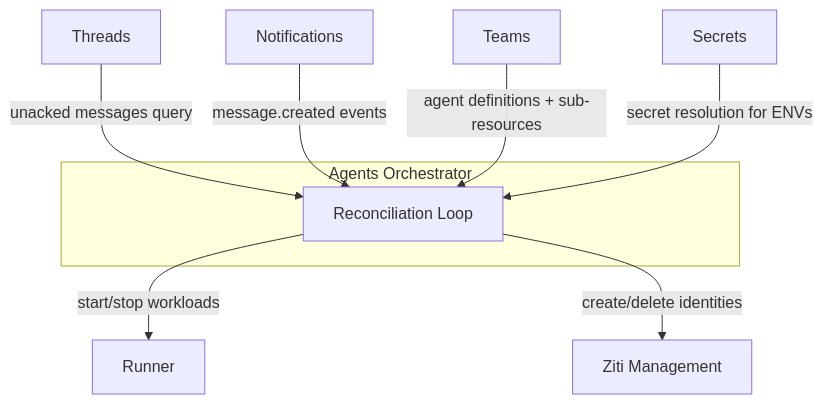
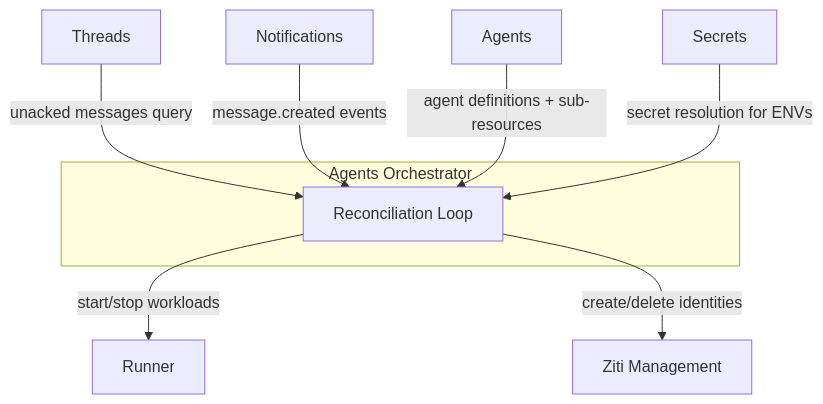
The first of 4 diagrams in architecture/agents-orchestrator.md (agynio/architecture), drawn with Mermaid before and after one commit. The commit also changed other lines of this file and 17 other files, not shown here.

First line of the commit message:
feat: rename Teams → Agents, migrate Gateway to ConnectRPC

````diff
--- a/architecture/agents-orchestrator.md
+++ b/architecture/agents-orchestrator.md
@@ -11,13 +11,13 @@
 ```mermaid
 graph TB
     subgraph "Agents Orchestrator"
         Reconciler[Reconciliation Loop]
     end
 
     Threads -->|unacked messages query| Reconciler
     Notifications -->|message.created events| Reconciler
-    Teams -->|agent definitions + sub-resources| Reconciler
+    Agents -->|agent definitions + sub-resources| Reconciler
     Secrets -->|secret resolution for ENVs| Reconciler
     Reconciler -->|start/stop workloads| Runner
     Reconciler -->|create/delete identities| ZitiMgmt[Ziti Management]
 ```
````
